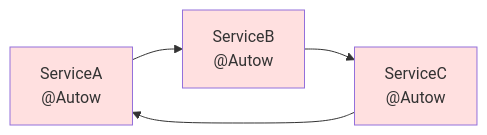
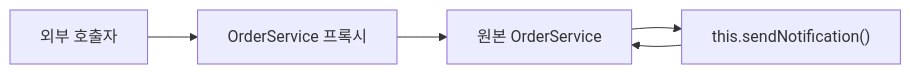
One commit to yjkim2015/yjkim2015.github.io changed the sixth of 6 diagrams in _posts/spring/2026-05-01-spring-ioc-di.md. Above: the diagram before and after it, drawn with Mermaid. The commit also changed other lines of this file and 4 other files, not shown here.

````diff
--- a/_posts/spring/2026-05-01-spring-ioc-di.md
+++ b/_posts/spring/2026-05-01-spring-ioc-di.md
@@ -465,9 +1048,7 @@
 ```mermaid
 graph LR
-    A["ServiceA<br>@Autow"] --> B["ServiceB<br>@Autow"]
-    B --> C["ServiceC<br>@Autow"]
-    C --> A
-    style A fill:#ffe0e0
-    style B fill:#ffe0e0
-    style C fill:#ffe0e0
+    A["외부 호출자"] --> B["OrderService 프록시"]
+    B --> C["원본 OrderService"]
+    C --> D["this.sendNotification()"]
+    D --> C
 ```
````
